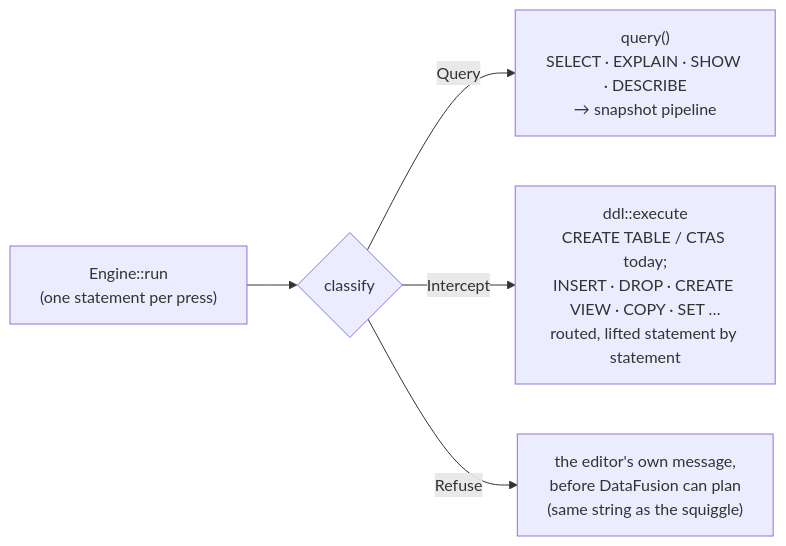
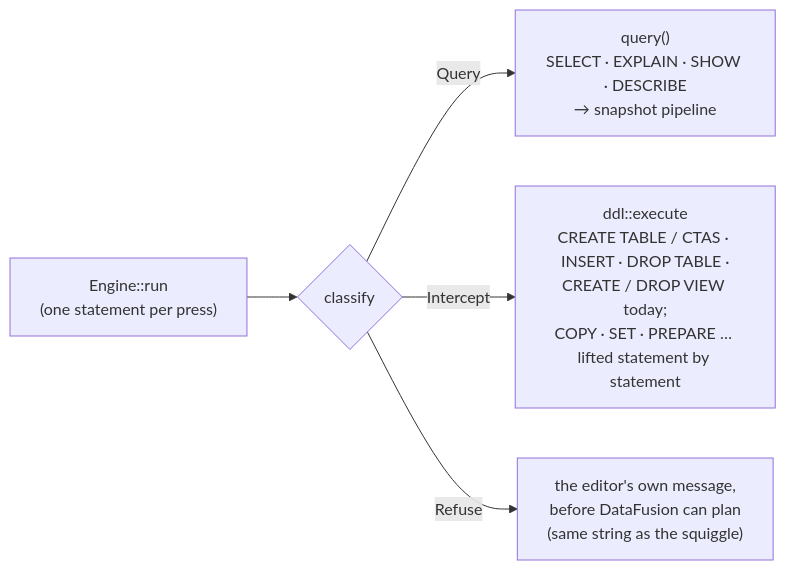
One commit to alexparlett/strata changed the second of 2 diagrams in docs/ARCHITECTURE.md. Above: the diagram before and after it, drawn with Mermaid. The commit also changed 10 other files, not shown here.

First line of the commit message:
ED-06: typed CREATE/DROP VIEW onto the save-view funnel

````diff
--- a/docs/ARCHITECTURE.md
+++ b/docs/ARCHITECTURE.md
@@ -91,7 +91,7 @@
 ```mermaid
 flowchart LR
     RUN["Engine::run<br/>(one statement per press)"] --> C{classify}
     C -->|Query| Q["query()<br/>SELECT · EXPLAIN · SHOW · DESCRIBE<br/>→ snapshot pipeline"]
-    C -->|Intercept| I["ddl::execute<br/>CREATE TABLE / CTAS today;<br/>INSERT · DROP · CREATE VIEW · COPY · SET …<br/>routed, lifted statement by statement"]
+    C -->|Intercept| I["ddl::execute<br/>CREATE TABLE / CTAS · INSERT · DROP TABLE ·<br/>CREATE / DROP VIEW today;<br/>COPY · SET · PREPARE … lifted statement by statement"]
     C -->|Refuse| R["the editor's own message,<br/>before DataFusion can plan<br/>(same string as the squiggle)"]
 ```
````
